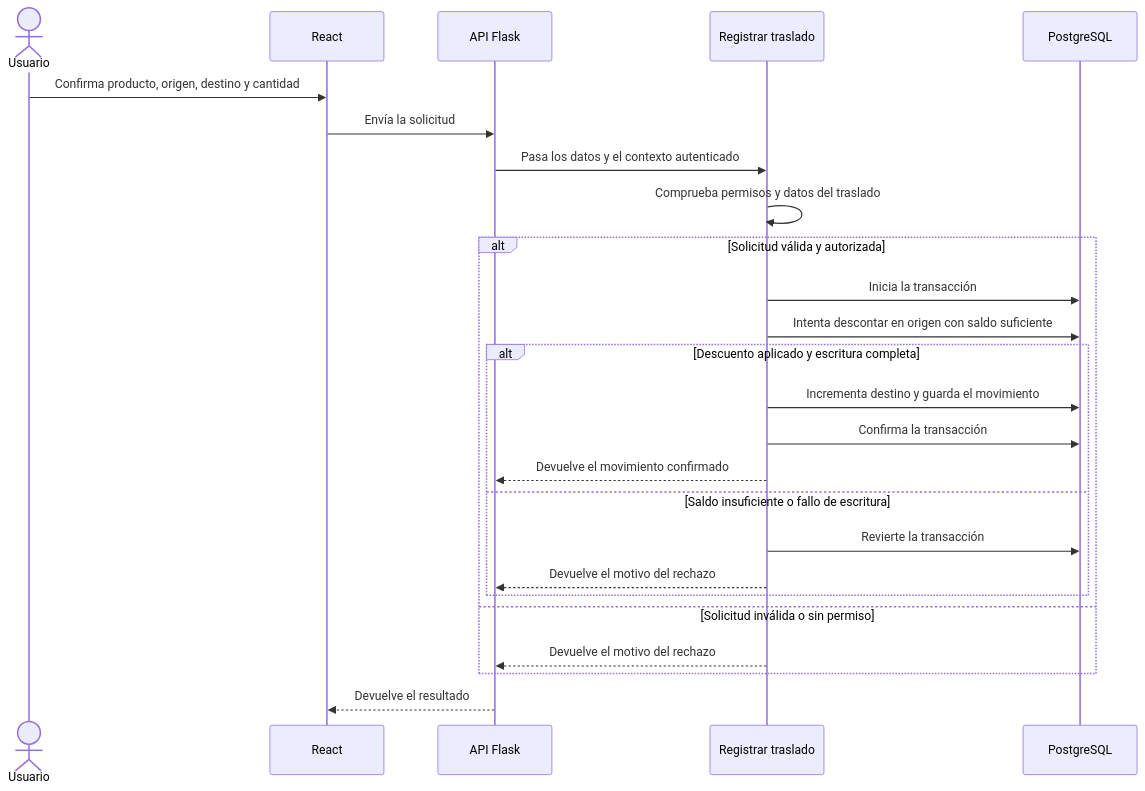
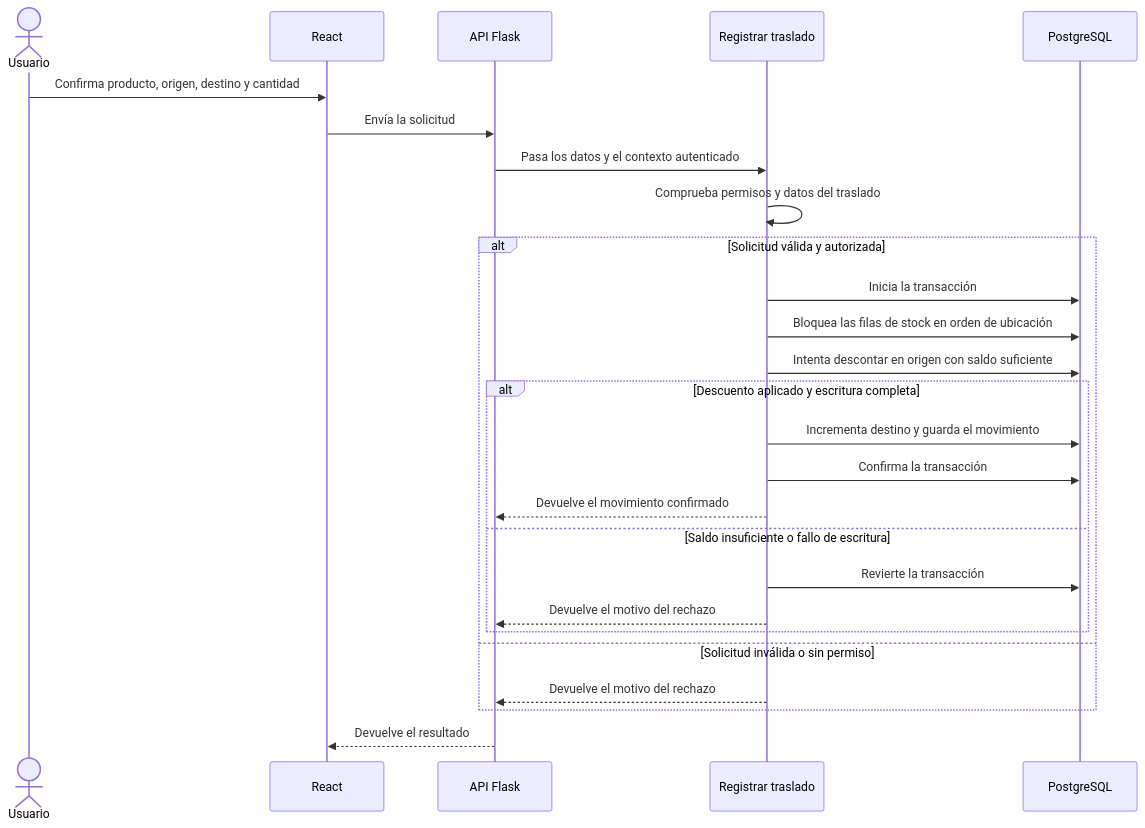
The third of 3 diagrams in docs/arquitectura.md (steveespinoza/GESTION-DE-INVENTARIO), drawn with Mermaid before and after one commit. The commit also changed other lines of this file and 10 other files, not shown here.

````diff
--- a/docs/arquitectura.md
+++ b/docs/arquitectura.md
@@ -49,27 +51,28 @@
 ```mermaid
 sequenceDiagram
     actor U as Usuario
     participant R as React
     participant F as API Flask
     participant C as Registrar traslado
     participant D as PostgreSQL
     U->>R: Confirma producto, origen, destino y cantidad
     R->>F: Envía la solicitud
     F->>C: Pasa los datos y el contexto autenticado
     C->>C: Comprueba permisos y datos del traslado
     alt Solicitud válida y autorizada
         C->>D: Inicia la transacción
+        C->>D: Bloquea las filas de stock en orden de ubicación
         C->>D: Intenta descontar en origen con saldo suficiente
         alt Descuento aplicado y escritura completa
             C->>D: Incrementa destino y guarda el movimiento
             C->>D: Confirma la transacción
             C-->>F: Devuelve el movimiento confirmado
         else Saldo insuficiente o fallo de escritura
             C->>D: Revierte la transacción
             C-->>F: Devuelve el motivo del rechazo
         end
     else Solicitud inválida o sin permiso
         C-->>F: Devuelve el motivo del rechazo
     end
     F-->>R: Devuelve el resultado
 ```
````
